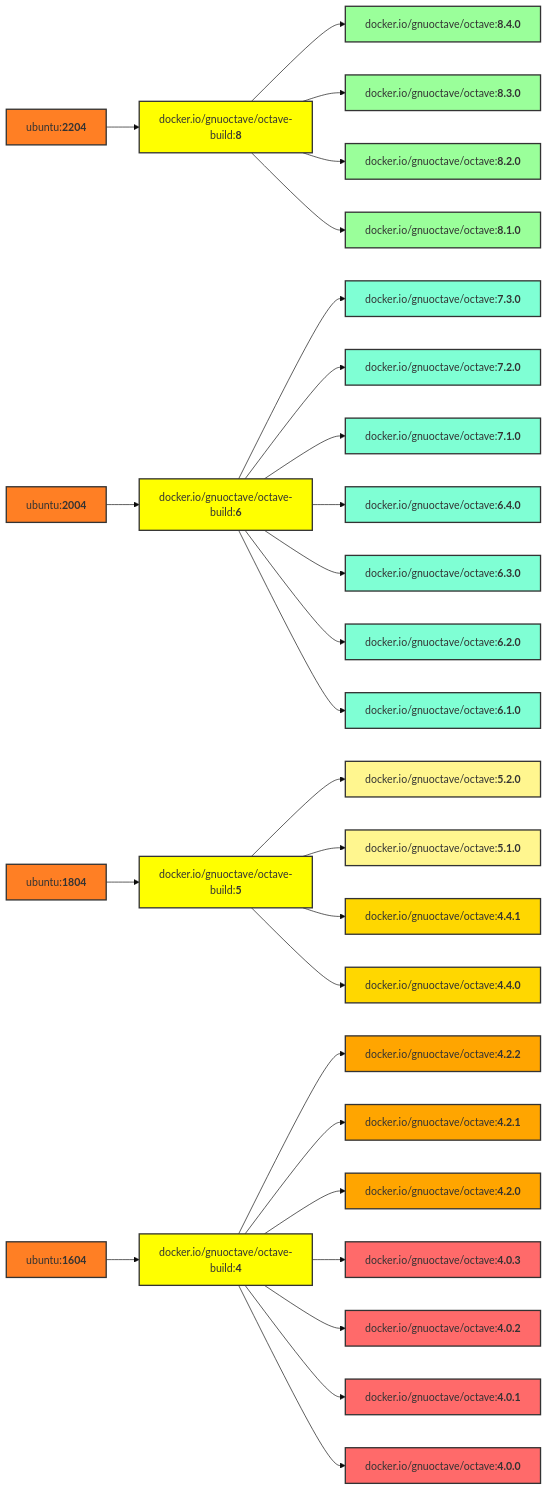
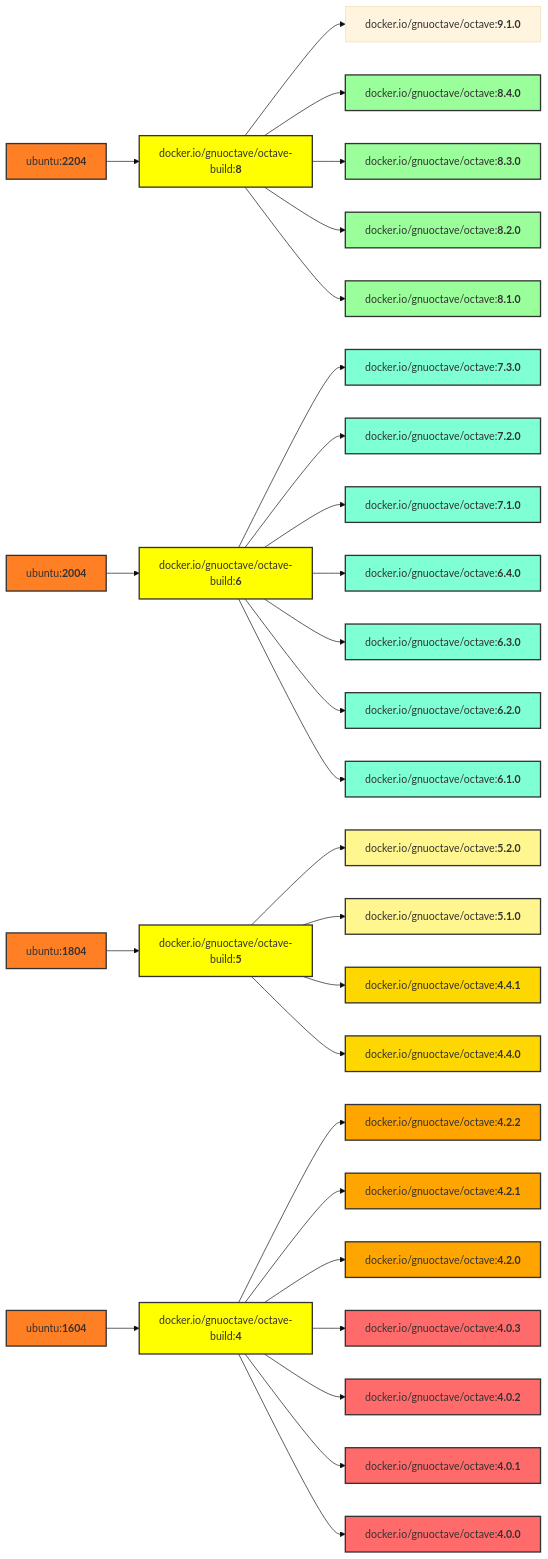
The diagram in README.md (gnu-octave/docker), drawn with Mermaid (base theme) before and after one commit. The commit also changed other lines of this file and 2 other files, not shown here.

Commit message:
GNU Octave 9.1.0 release (2024-03-14)

````diff
--- a/README.md
+++ b/README.md
@@ -85,67 +85,68 @@
 ```mermaid
 graph LR
     U4[ubuntu:<b>2204</b>] --> b8[docker.io/gnuoctave/octave-build:<b>8</b>];
     U3[ubuntu:<b>2004</b>] --> b6[docker.io/gnuoctave/octave-build:<b>6</b>];
     U2[ubuntu:<b>1804</b>] --> b5[docker.io/gnuoctave/octave-build:<b>5</b>];
     U1[ubuntu:<b>1604</b>] --> b4[docker.io/gnuoctave/octave-build:<b>4</b>];
+    b8 --> v910[docker.io/gnuoctave/octave:<b>9.1.0</b>];
     b8 --> v840[docker.io/gnuoctave/octave:<b>8.4.0</b>];
     b8 --> v830[docker.io/gnuoctave/octave:<b>8.3.0</b>];
     b8 --> v820[docker.io/gnuoctave/octave:<b>8.2.0</b>];
     b8 --> v810[docker.io/gnuoctave/octave:<b>8.1.0</b>];
     b6 --> v730[docker.io/gnuoctave/octave:<b>7.3.0</b>];
     b6 --> v720[docker.io/gnuoctave/octave:<b>7.2.0</b>];
     b6 --> v710[docker.io/gnuoctave/octave:<b>7.1.0</b>];
     b6 --> v640[docker.io/gnuoctave/octave:<b>6.4.0</b>];
     b6 --> v630[docker.io/gnuoctave/octave:<b>6.3.0</b>];
     b6 --> v620[docker.io/gnuoctave/octave:<b>6.2.0</b>];
     b6 --> v610[docker.io/gnuoctave/octave:<b>6.1.0</b>];
     b5 --> v520[docker.io/gnuoctave/octave:<b>5.2.0</b>];
     b5 --> v510[docker.io/gnuoctave/octave:<b>5.1.0</b>];
     b5 --> v441[docker.io/gnuoctave/octave:<b>4.4.1</b>];
     b5 --> v440[docker.io/gnuoctave/octave:<b>4.4.0</b>];
     b4 --> v422[docker.io/gnuoctave/octave:<b>4.2.2</b>];
     b4 --> v421[docker.io/gnuoctave/octave:<b>4.2.1</b>];
     b4 --> v420[docker.io/gnuoctave/octave:<b>4.2.0</b>];
     b4 --> v403[docker.io/gnuoctave/octave:<b>4.0.3</b>];
     b4 --> v402[docker.io/gnuoctave/octave:<b>4.0.2</b>];
     b4 --> v401[docker.io/gnuoctave/octave:<b>4.0.1</b>];
     b4 --> v400[docker.io/gnuoctave/octave:<b>4.0.0</b>];
     classDef U fill:#ff7f24,stroke:#333,stroke-width:2px;
     class U1 U;
     class U2 U;
     class U3 U;
     class U4 U;
     classDef b fill:#ff0,stroke:#333,stroke-width:2px;
     class b4 b;
     class b5 b;
     class b6 b;
     class b8 b;
     classDef age1 fill:#9aff9a,stroke:#333,stroke-width:2px;
     classDef age2 fill:#7fffd4,stroke:#333,stroke-width:2px;
     classDef age3 fill:#fff68f,stroke:#333,stroke-width:2px;
     classDef age4 fill:#ffd700,stroke:#333,stroke-width:2px;
     classDef age5 fill:#ffa500,stroke:#333,stroke-width:2px;
     classDef age6 fill:#ff6a6a,stroke:#333,stroke-width:2px;
     class v840 age1;
     class v830 age1;
     class v820 age1;
     class v810 age1;
     class v730 age2;
     class v720 age2;
     class v710 age2;
     class v640 age2;
     class v630 age2;
     class v620 age2;
     class v610 age2;
     class v520 age3;
     class v510 age3;
     class v441 age4;
     class v440 age4;
     class v422 age5;
     class v421 age5;
     class v420 age5;
     class v403 age6;
     class v402 age6;
     class v401 age6;
     class v400 age6;
 ```
````
